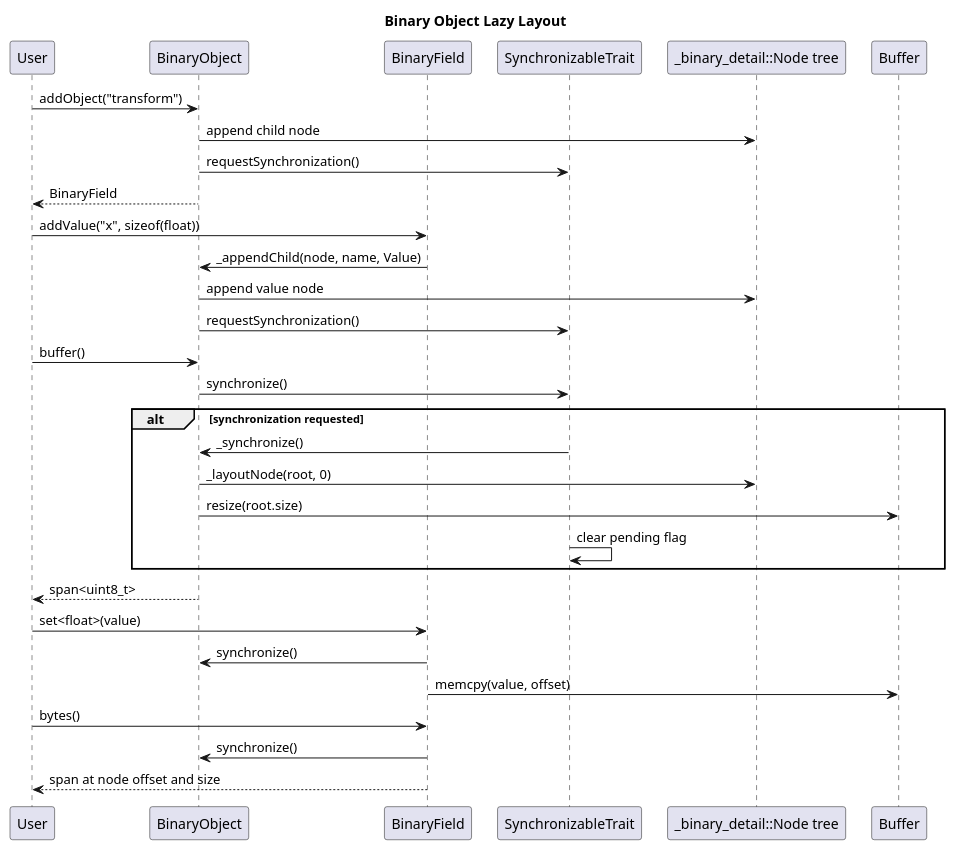
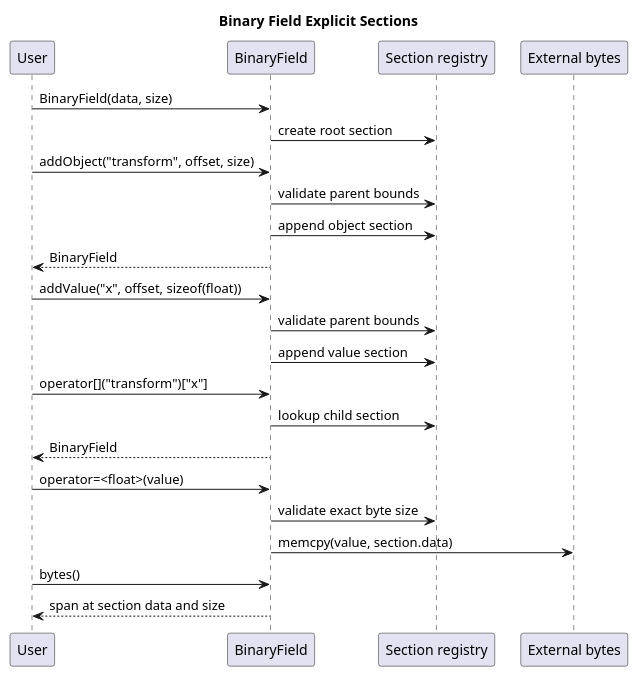
One commit to Hyarius/Sparkle changed the diagram in documentation/architecture/diagrams/binary-layout-sequence.puml. Above: the diagram before and after it, drawn with PlantUML. The commit also changed 11 other files, not shown here.

Commit message:
Refactor the binary field

```diff
--- a/documentation/architecture/diagrams/binary-layout-sequence.puml
+++ b/documentation/architecture/diagrams/binary-layout-sequence.puml
@@ -1,41 +1,34 @@
 @startuml
-title Binary Object Lazy Layout
+title Binary Field Explicit Sections
 
 skinparam ParticipantPadding 8
 
 participant "User" as User
-participant "BinaryObject" as Object
 participant "BinaryField" as Field
-participant "SynchronizableTrait" as Sync
-participant "_binary_detail::Node tree" as Nodes
-participant "Buffer" as Buffer
+participant "Section registry" as Sections
+participant "External bytes" as Bytes
 
-User -> Object : addObject("transform")
-Object -> Nodes : append child node
-Object -> Sync : requestSynchronization()
-Object --> User : BinaryField
+User -> Field : BinaryField(data, size)
+Field -> Sections : create root section
 
-User -> Field : addValue("x", sizeof(float))
-Field -> Object : _appendChild(node, name, Value)
-Object -> Nodes : append value node
-Object -> Sync : requestSynchronization()
+User -> Field : addObject("transform", offset, size)
+Field -> Sections : validate parent bounds
+Field -> Sections : append object section
+Field --> User : BinaryField
 
-User -> Object : buffer()
-Object -> Sync : synchronize()
-alt synchronization requested
-	Sync -> Object : _synchronize()
-	Object -> Nodes : _layoutNode(root, 0)
-	Object -> Buffer : resize(root.size)
-	Sync -> Sync : clear pending flag
-end
-Object --> User : span<uint8_t>
+User -> Field : addValue("x", offset, sizeof(float))
+Field -> Sections : validate parent bounds
+Field -> Sections : append value section
 
-User -> Field : set<float>(value)
-Field -> Object : synchronize()
-Field -> Buffer : memcpy(value, offset)
+User -> Field : operator[]("transform")["x"]
+Field -> Sections : lookup child section
+Field --> User : BinaryField
+
+User -> Field : operator=<float>(value)
+Field -> Sections : validate exact byte size
+Field -> Bytes : memcpy(value, section.data)
 
 User -> Field : bytes()
-Field -> Object : synchronize()
-Field --> User : span at node offset and size
+Field --> User : span at section data and size
 
 @enduml
```
